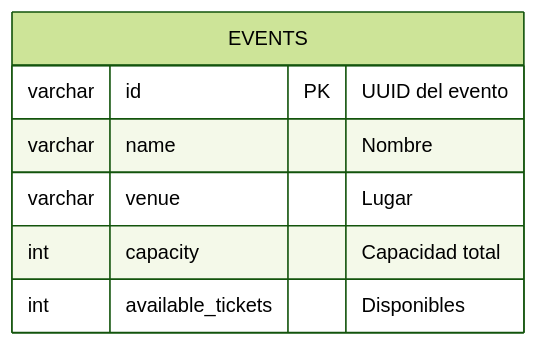
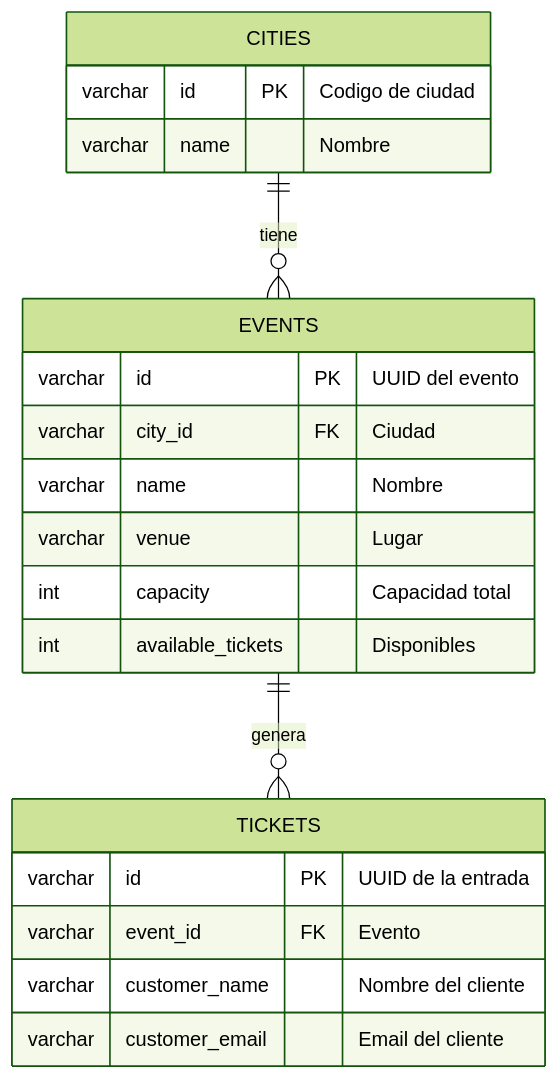
The diagram in README.md (pablocelva/hito4-backend-spring-boot), drawn with Mermaid (forest theme) before and after one commit. The commit also changed other lines of this file and 52 other files, not shown here.

````diff
--- a/README.md
+++ b/README.md
@@ -272,10 +286,23 @@
 ```mermaid
 erDiagram
+    CITIES {
+        varchar id PK "Codigo de ciudad"
+        varchar name "Nombre"
+    }
     EVENTS {
         varchar id PK "UUID del evento"
+        varchar city_id FK "Ciudad"
         varchar name "Nombre"
         varchar venue "Lugar"
         int capacity "Capacidad total"
         int available_tickets "Disponibles"
     }
+    TICKETS {
+        varchar id PK "UUID de la entrada"
+        varchar event_id FK "Evento"
+        varchar customer_name "Nombre del cliente"
+        varchar customer_email "Email del cliente"
+    }
+    CITIES ||--o{ EVENTS : "tiene"
+    EVENTS ||--o{ TICKETS : "genera"
 ```
````
